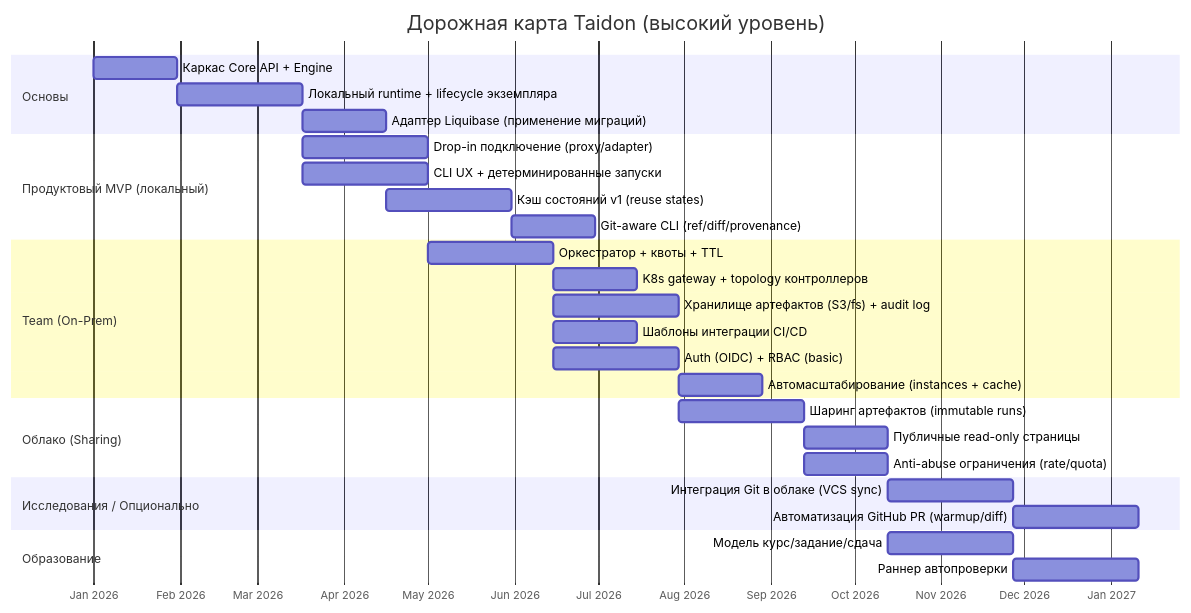
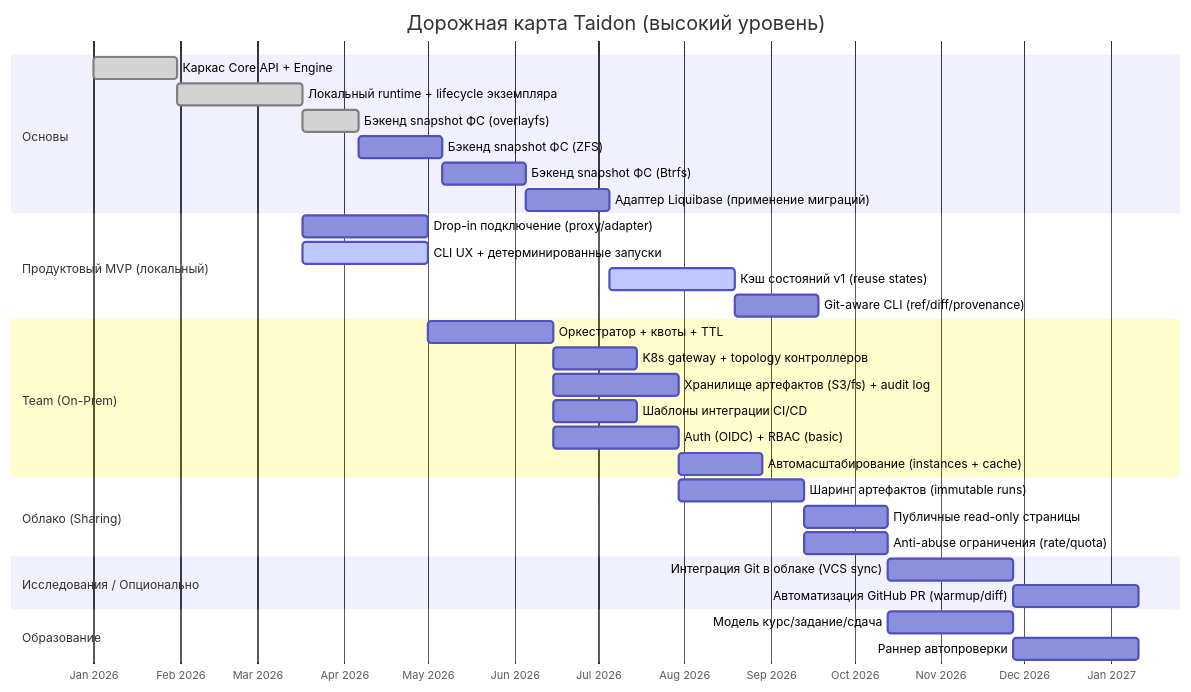
One commit to kimak-irmagi/taidon changed the diagram in docs/roadmap.RU.md. Above: the diagram before and after it, drawn with Mermaid. The commit also changed other lines of this file and 2 other files, not shown here.

Commit message:
Updated roadmap

````diff
--- a/docs/roadmap.RU.md
+++ b/docs/roadmap.RU.md
@@ -26,38 +26,41 @@
 ```mermaid
 gantt
     title Дорожная карта Taidon (высокий уровень)
     dateFormat  YYYY-MM-DD
     axisFormat  %b %Y
 
     section Основы
-    Каркас Core API + Engine                  :a1, 2026-01-01, 30d
-    Локальный runtime + lifecycle экземпляра   :a2, after a1, 45d
-    Адаптер Liquibase (применение миграций)   :a3, after a2, 30d
+    Каркас Core API + Engine                  :done, a1, 2026-01-01, 30d
+    Локальный runtime + lifecycle экземпляра   :done, a2, after a1, 45d
+    Бэкенд snapshot ФС (overlayfs)            :done, a2fs, after a2, 20d
+    Бэкенд snapshot ФС (ZFS)                  :a2z, after a2fs, 30d
+    Бэкенд snapshot ФС (Btrfs)                :a2b, after a2z, 30d
+    Адаптер Liquibase (применение миграций)   :a3, after a2b, 30d
 
     section Продуктовый MVP (локальный)
     Drop-in подключение (proxy/adapter)       :b1, after a2, 45d
-    CLI UX + детерминированные запуски        :b2, after a2, 45d
-    Кэш состояний v1 (reuse states)           :b3, after a3, 45d
+    CLI UX + детерминированные запуски        :active, b2, after a2, 45d
+    Кэш состояний v1 (reuse states)           :active, b3, after a3, 45d
     Git-aware CLI (ref/diff/provenance)       :b4, after b3, 30d
 
     section Team (On-Prem)
     Оркестратор + квоты + TTL                 :c1, after b2, 45d
     K8s gateway + topology контроллеров       :c6, after c1, 30d
     Хранилище артефактов (S3/fs) + audit log  :c2, after c1, 45d
     Шаблоны интеграции CI/CD                  :c3, after c1, 30d
     Auth (OIDC) + RBAC (basic)                :c4, after c1, 45d
     Автомасштабирование (instances + cache)   :c5, after c2, 30d
 
     section Облако (Sharing)
     Шаринг артефактов (immutable runs)        :d1, after c2, 45d
     Публичные read-only страницы              :d2, after d1, 30d
     Anti-abuse ограничения (rate/quota)       :d3, after d1, 30d
 
     section Исследования / Опционально
     Интеграция Git в облаке (VCS sync)        :o1, after d2, 45d
     Автоматизация GitHub PR (warmup/diff)     :o2, after o1, 45d
 
     section Образование
     Модель курс/задание/сдача                 :e1, after d2, 45d
     Раннер автопроверки                       :e2, after e1, 45d
 ```
````
